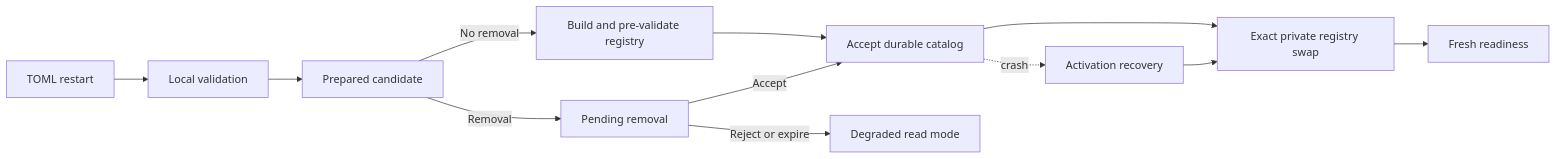
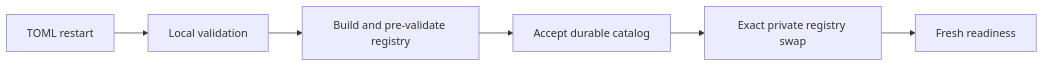
The diagram in docs/intention-relay/architecture/22-provider-evolution-profiles-and-reasoning.md (y0tsy/intention-relay), drawn with Mermaid before and after one commit. The commit also changed other lines of this file and 9 other files, not shown here.

First line of the commit message:
docs(architecture): execute Wave R4 for the future packages and domains

````diff
--- a/docs/intention-relay/architecture/22-provider-evolution-profiles-and-reasoning.md
+++ b/docs/intention-relay/architecture/22-provider-evolution-profiles-and-reasoning.md
@@ -175,14 +175,8 @@
 ```mermaid
 flowchart LR
   T[TOML restart] --> V[Local validation]
-  V --> P[Prepared candidate]
-  P -->|No removal| B[Build and pre-validate registry]
-  P -->|Removal| W[Pending removal]
-  W -->|Accept| A[Accept durable catalog]
-  W -->|Reject or expire| D[Degraded read mode]
-  B --> A
+  V --> B[Build and pre-validate registry]
+  B --> A[Accept durable catalog]
   A --> S[Exact private registry swap]
   S --> R[Fresh readiness]
-  A -. crash .-> C[Activation recovery]
-  C --> S
 ```
````
